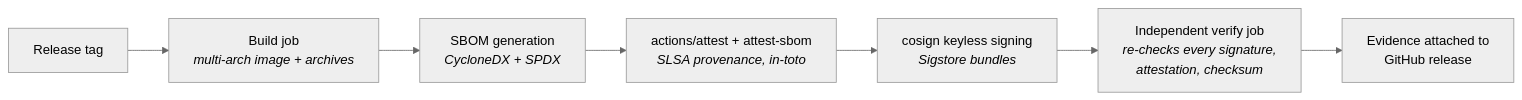
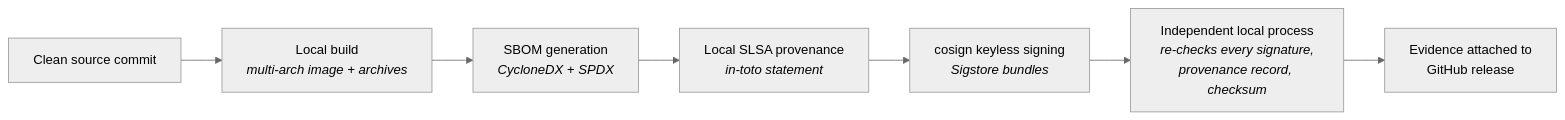
Before and after one commit to Prometheus-AGS/universal-agent-runtime: the fifth of 5 diagrams in README.md, drawn with Mermaid (neutral theme). The commit also changed other lines of this file and 42 other files, not shown here.

Commit message:
fix(release): move certification tooling local

````diff
--- a/README.md
+++ b/README.md
@@ -232,9 +238,9 @@
 ```mermaid
 flowchart LR
-    TAG[Release tag] --> BUILD[Build job<br/><i>multi-arch image + archives</i>]
+    SOURCE[Clean source commit] --> BUILD[Local build<br/><i>multi-arch image + archives</i>]
     BUILD --> SBOM[SBOM generation<br/><i>CycloneDX + SPDX</i>]
-    SBOM --> ATTEST["actions/attest + attest-sbom<br/><i>SLSA provenance, in-toto</i>"]
-    ATTEST --> SIGN[cosign keyless signing<br/><i>Sigstore bundles</i>]
-    SIGN --> VERIFY[Independent verify job<br/><i>re-checks every signature,<br/>attestation, checksum</i>]
+    SBOM --> PROVENANCE["Local SLSA provenance<br/><i>in-toto statement</i>"]
+    PROVENANCE --> SIGN[cosign keyless signing<br/><i>Sigstore bundles</i>]
+    SIGN --> VERIFY[Independent local process<br/><i>re-checks every signature,<br/>provenance record, checksum</i>]
     VERIFY --> REL[Evidence attached to<br/>GitHub release]
 ```
````
